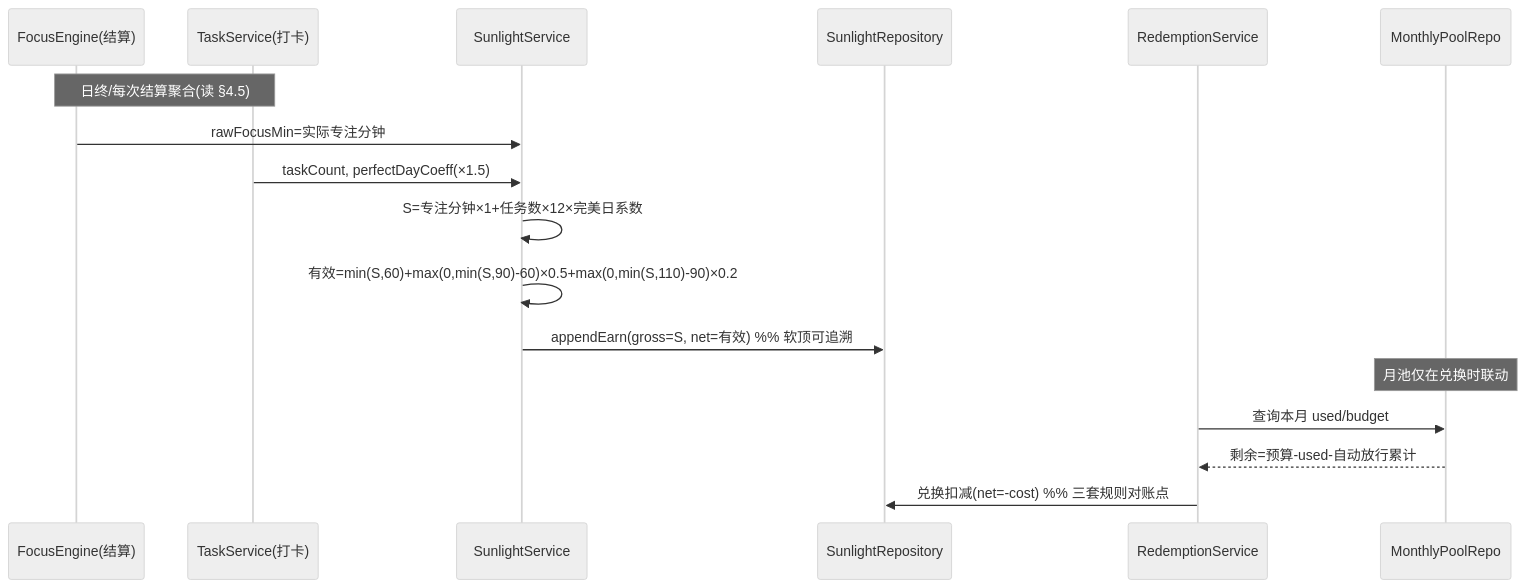
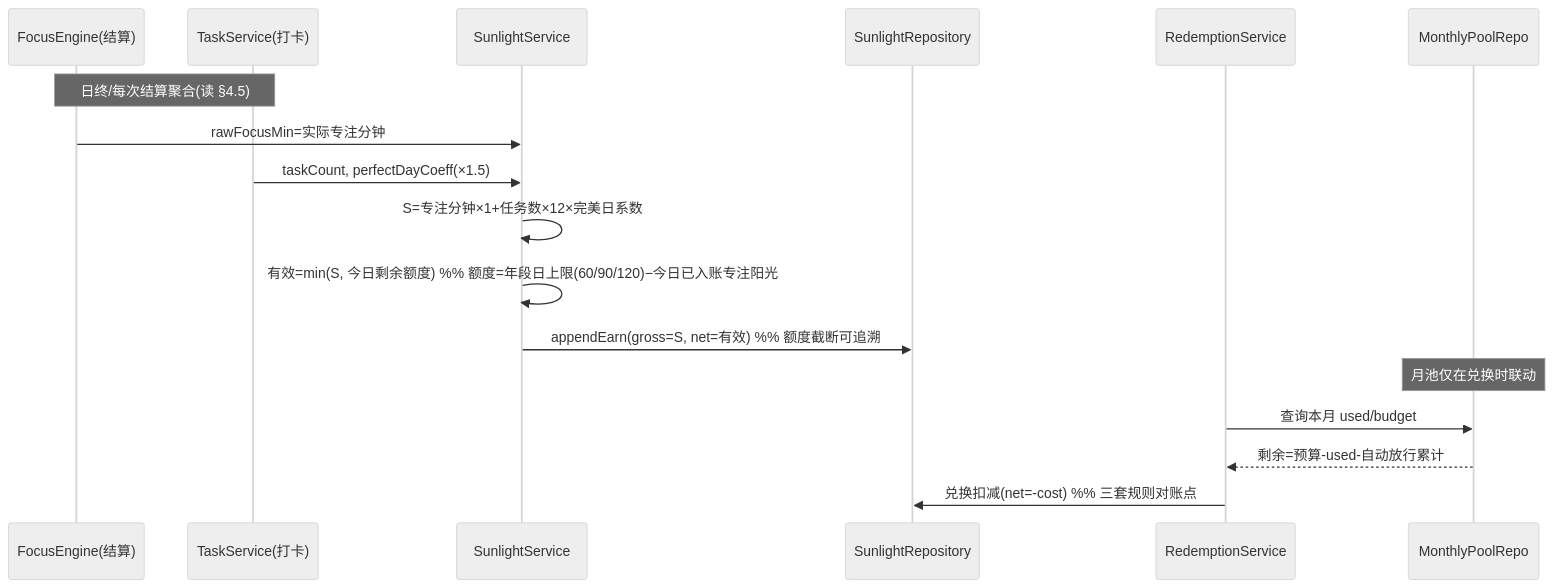
Before and after one commit to tasanshu666/sunflowerTime: the fourth of 4 diagrams in docs/架构设计_SunFocus_MVP.md, drawn with Mermaid (neutral theme). The commit also changed other lines of this file and 28 other files, not shown here.

````diff
--- a/docs/架构设计_SunFocus_MVP.md
+++ b/docs/架构设计_SunFocus_MVP.md
@@ -231,19 +234,19 @@
 ```mermaid
 sequenceDiagram
     participant FE as FocusEngine(结算)
     participant TS as TaskService(打卡)
     participant SL as SunlightService
     participant LED as SunlightRepository
     participant RS as RedemptionService
     participant MP as MonthlyPoolRepo
     Note over FE,TS: 日终/每次结算聚合(读 §4.5)
     FE->>SL: rawFocusMin=实际专注分钟
     TS->>SL: taskCount, perfectDayCoeff(×1.5)
     SL->>SL: S=专注分钟×1+任务数×12×完美日系数
-    SL->>SL: 有效=min(S,60)+max(0,min(S,90)-60)×0.5+max(0,min(S,110)-90)×0.2
-    SL->>LED: appendEarn(gross=S, net=有效)  %% 软顶可追溯
+    SL->>SL: 有效=min(S, 今日剩余额度)  %% 额度=年段日上限(60/90/120)−今日已入账专注阳光
+    SL->>LED: appendEarn(gross=S, net=有效)  %% 额度截断可追溯
     Note over MP: 月池仅在兑换时联动
     RS->>MP: 查询本月 used/budget
     MP-->>RS: 剩余=预算-used-自动放行累计
     RS->>LED: 兑换扣减(net=-cost)  %% 三套规则对账点
 ```
````
